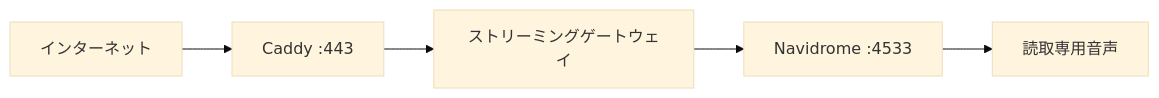
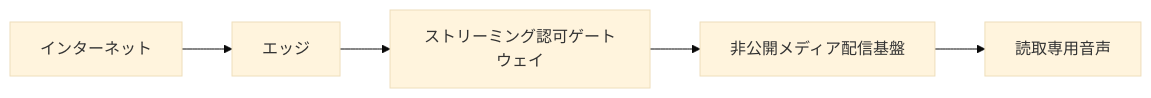
Before and after one commit to ShigeichiroYamasaki/creator-first-platform: diagram 11 of 48 in docs/whitepaper/10-security.md, drawn with Mermaid (base theme). The commit also changed other lines of this file and 42 other files, not shown here.

Commit message:
Design production service architecture

````diff
--- a/docs/whitepaper/10-security.md
+++ b/docs/whitepaper/10-security.md
@@ -360,10 +360,10 @@
 ```mermaid
 flowchart LR
     INTERNET[インターネット]
-    EDGE[Caddy :443]
-    GATEWAY[ストリーミングゲートウェイ]
-    NAVI[Navidrome :4533]
+    EDGE[エッジ]
+    GATEWAY[ストリーミング認可ゲートウェイ]
+    MEDIA[非公開メディア配信基盤]
     MUSIC[読取専用音声]
 
-    INTERNET --> EDGE --> GATEWAY --> NAVI --> MUSIC
+    INTERNET --> EDGE --> GATEWAY --> MEDIA --> MUSIC
 ```
````
